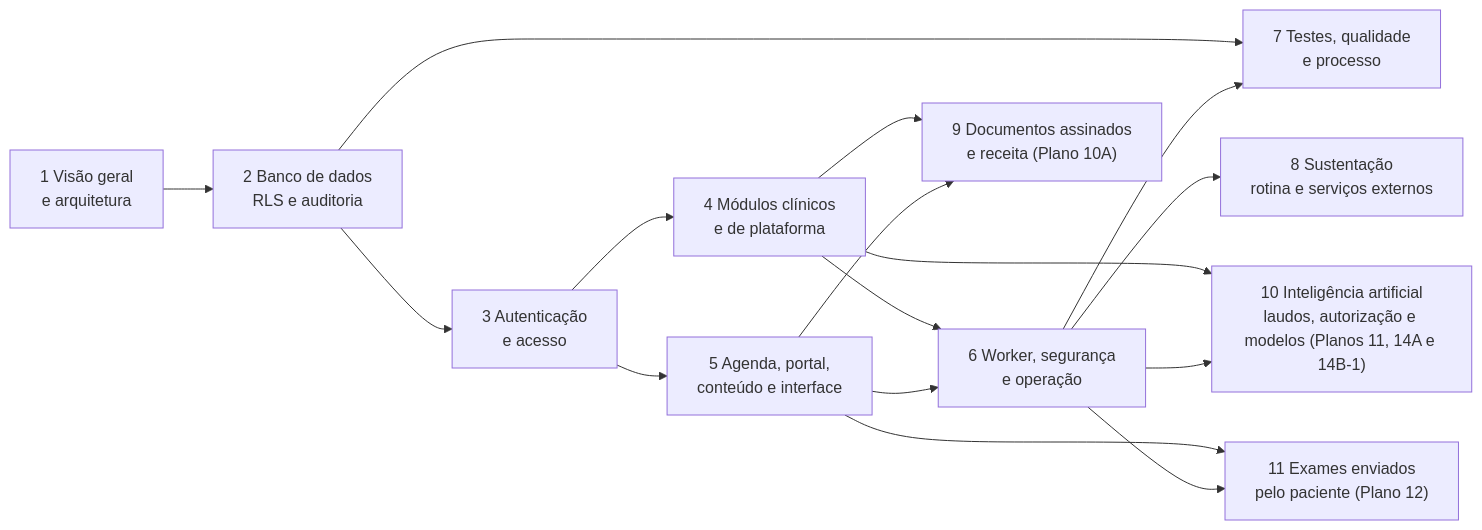
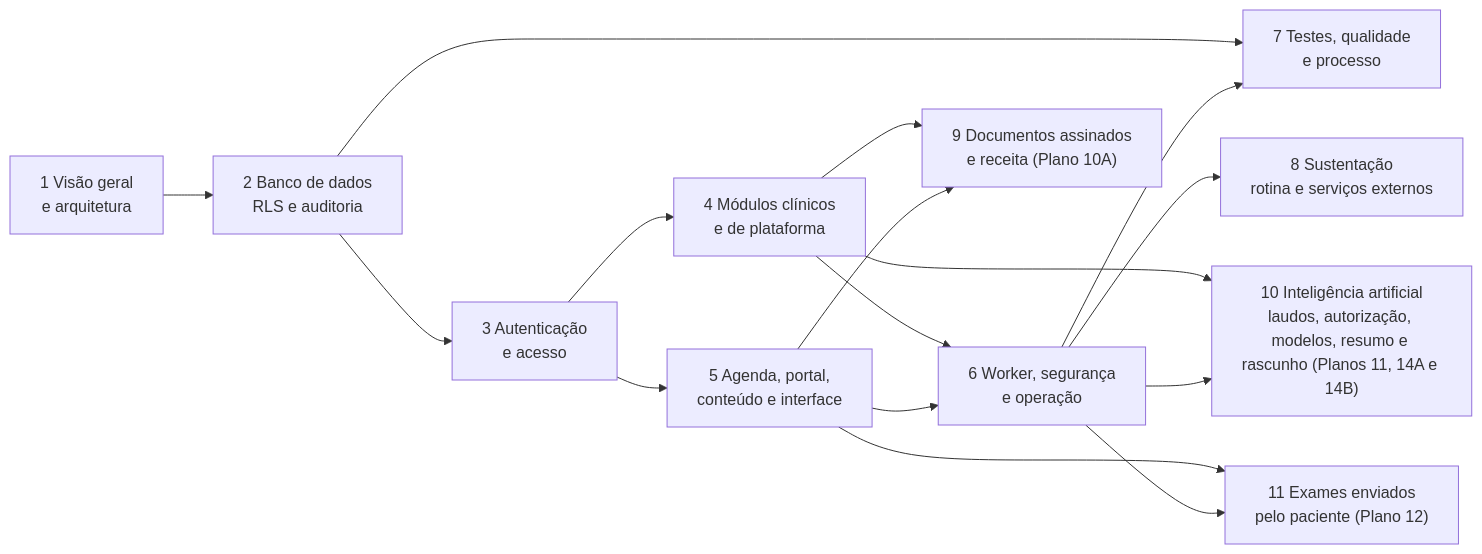
One commit to fabianojp06/nutridebby changed the diagram in docs/manual-tecnico/README.md. Above: the diagram before and after it, drawn with Mermaid. The commit also changed other lines of this file and 10 other files, not shown here.

````diff
--- a/docs/manual-tecnico/README.md
+++ b/docs/manual-tecnico/README.md
@@ -51,18 +51,18 @@
 ```mermaid
 flowchart LR
   C1["1 Visão geral<br/>e arquitetura"] --> C2["2 Banco de dados<br/>RLS e auditoria"]
   C2 --> C3["3 Autenticação<br/>e acesso"]
   C3 --> C4["4 Módulos clínicos<br/>e de plataforma"]
   C3 --> C5["5 Agenda, portal,<br/>conteúdo e interface"]
   C4 --> C6["6 Worker, segurança<br/>e operação"]
   C5 --> C6
   C2 --> C7["7 Testes, qualidade<br/>e processo"]
   C6 --> C7
   C6 --> C8["8 Sustentação<br/>rotina e serviços externos"]
   C4 --> C9["9 Documentos assinados<br/>e receita (Plano 10A)"]
   C5 --> C9
-  C4 --> C10["10 Inteligência artificial<br/>laudos, autorização e modelos (Planos 11, 14A e 14B-1)"]
+  C4 --> C10["10 Inteligência artificial<br/>laudos, autorização, modelos, resumo e rascunho (Planos 11, 14A e 14B)"]
   C6 --> C10
   C5 --> C11["11 Exames enviados<br/>pelo paciente (Plano 12)"]
   C6 --> C11
 ```
````
